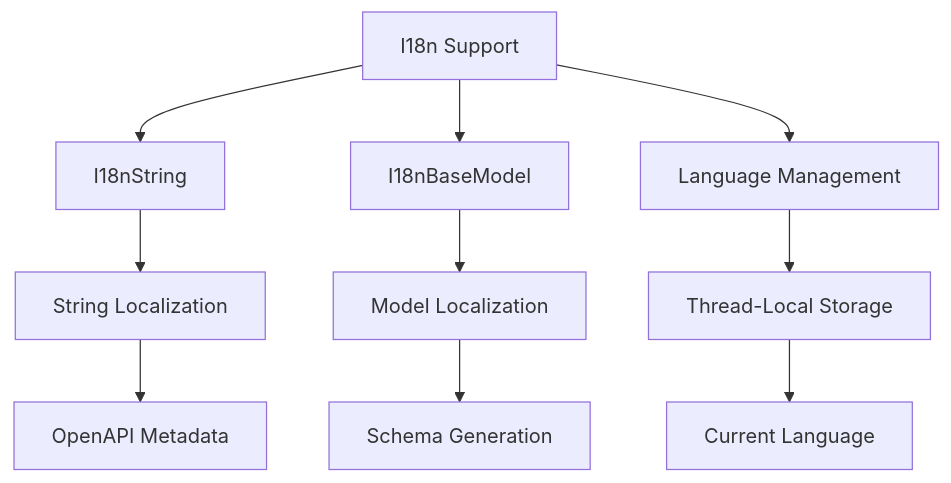
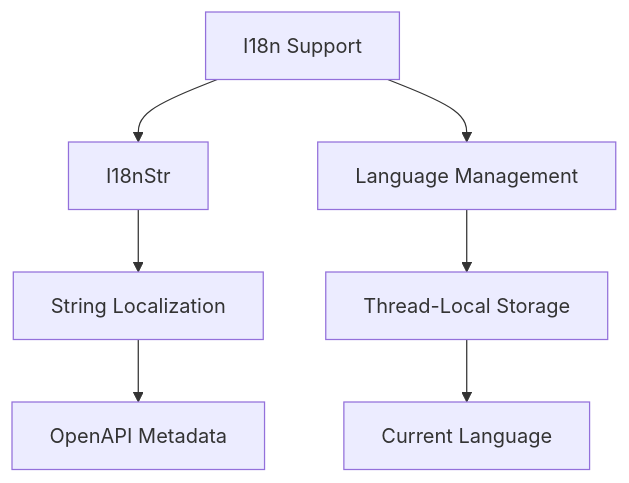
One commit to StrayDragon/flask-x-openapi-schema changed the first of 5 diagrams in docs/internationalization.md. Above: the diagram before and after it, drawn with Mermaid. The commit also changed other lines of this file and 18 other files, not shown here.

````diff
--- a/docs/internationalization.md
+++ b/docs/internationalization.md
@@ -9,14 +9,11 @@
 ```mermaid
 graph TD
-    A[I18n Support] --> B[I18nString]
-    A --> C[I18nBaseModel]
-    A --> D[Language Management]
-    
+    A[I18n Support] --> B[I18nStr]
+    A --> C[Language Management]
+
     B --> E[String Localization]
-    C --> F[Model Localization]
-    D --> G[Thread-Local Storage]
-    
+    C --> G[Thread-Local Storage]
+
     E --> H[OpenAPI Metadata]
-    F --> I[Schema Generation]
     G --> J[Current Language]
 ```
````
